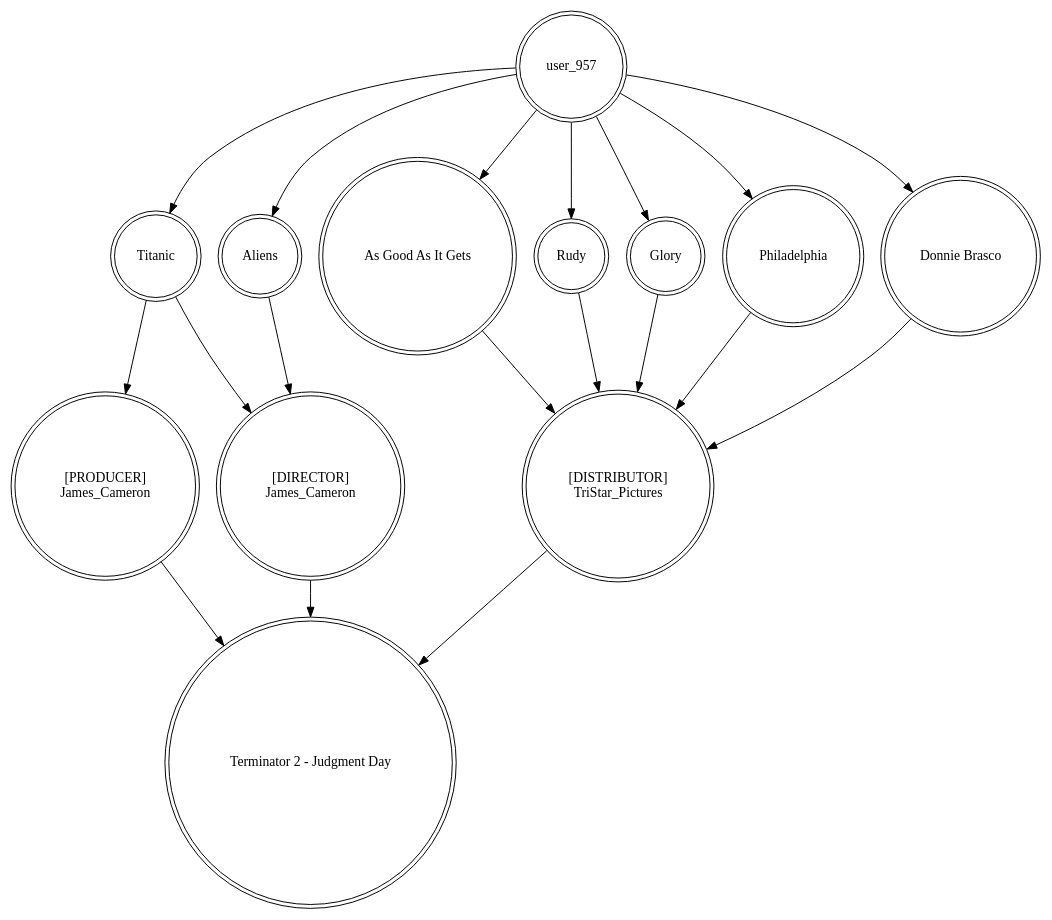
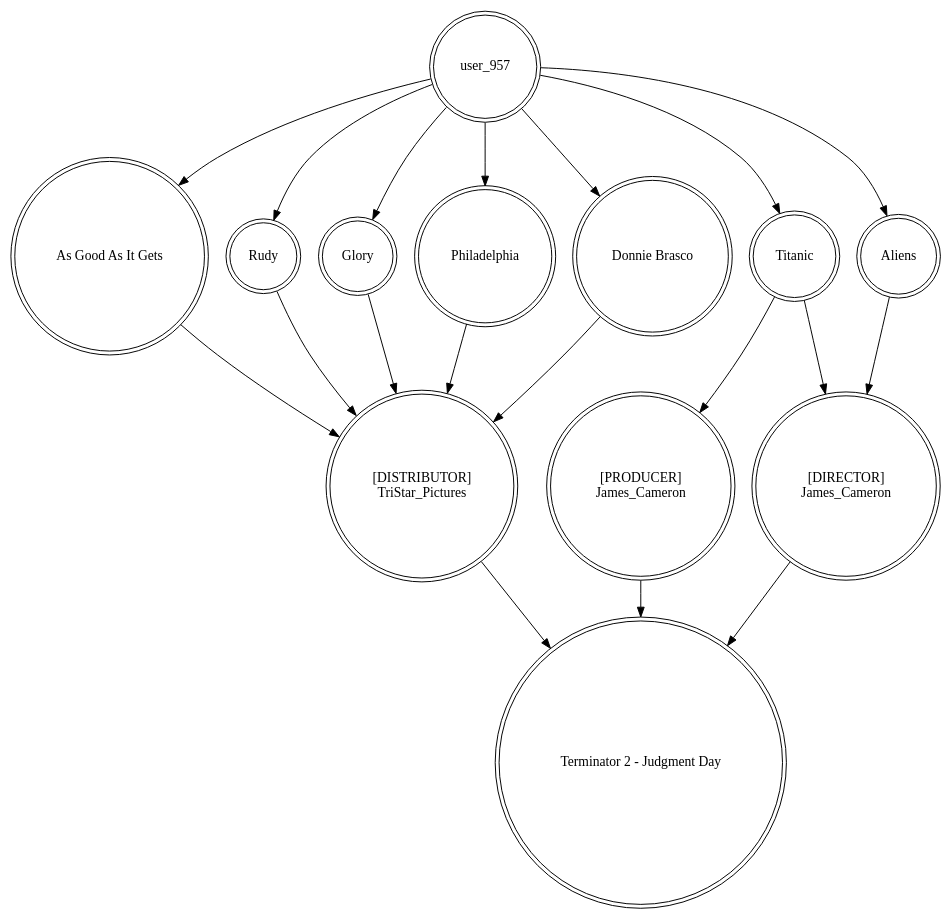
The diagram in cache/kgr_graph_user-user_957_item-589.gv (saiteja-siddana/Movie-Recommendations-GUI), drawn with Graphviz before and after one commit. The commit also changed other lines of this file and 244 other files, not shown here.

Commit message:
Added demo and updated old deprecated graphviz code

```diff
--- a/cache/kgr_graph_user-user_957_item-589.gv
+++ b/cache/kgr_graph_user-user_957_item-589.gv
@@ -1,32 +1,32 @@
 digraph finite_state_machine {
 	node [shape=doublecircle]
-	user_957 -> Titanic
 	user_957 -> "As Good As It Gets"
 	user_957 -> Rudy
+	Titanic -> "[PRODUCER]
+James_Cameron"
+	"[DISTRIBUTOR]
+TriStar_Pictures" -> "Terminator 2 - Judgment Day"
+	user_957 -> Glory
 	Glory -> "[DISTRIBUTOR]
 TriStar_Pictures"
-	"[DISTRIBUTOR]
-TriStar_Pictures" -> "Terminator 2 - Judgment Day"
-	Titanic -> "[PRODUCER]
-James_Cameron"
-	user_957 -> Glory
+	Philadelphia -> "[DISTRIBUTOR]
+TriStar_Pictures"
+	user_957 -> "Donnie Brasco"
+	"Donnie Brasco" -> "[DISTRIBUTOR]
+TriStar_Pictures"
+	"[DIRECTOR]
+James_Cameron" -> "Terminator 2 - Judgment Day"
 	"As Good As It Gets" -> "[DISTRIBUTOR]
 TriStar_Pictures"
 	Rudy -> "[DISTRIBUTOR]
 TriStar_Pictures"
-	user_957 -> Philadelphia
 	Aliens -> "[DIRECTOR]
 James_Cameron"
-	Philadelphia -> "[DISTRIBUTOR]
-TriStar_Pictures"
-	user_957 -> "Donnie Brasco"
+	user_957 -> Titanic
+	Titanic -> "[DIRECTOR]
+James_Cameron"
 	"[PRODUCER]
 James_Cameron" -> "Terminator 2 - Judgment Day"
-	"[DIRECTOR]
-James_Cameron" -> "Terminator 2 - Judgment Day"
 	user_957 -> Aliens
-	Titanic -> "[DIRECTOR]
-James_Cameron"
-	"Donnie Brasco" -> "[DISTRIBUTOR]
-TriStar_Pictures"
+	user_957 -> Philadelphia
 }
```
